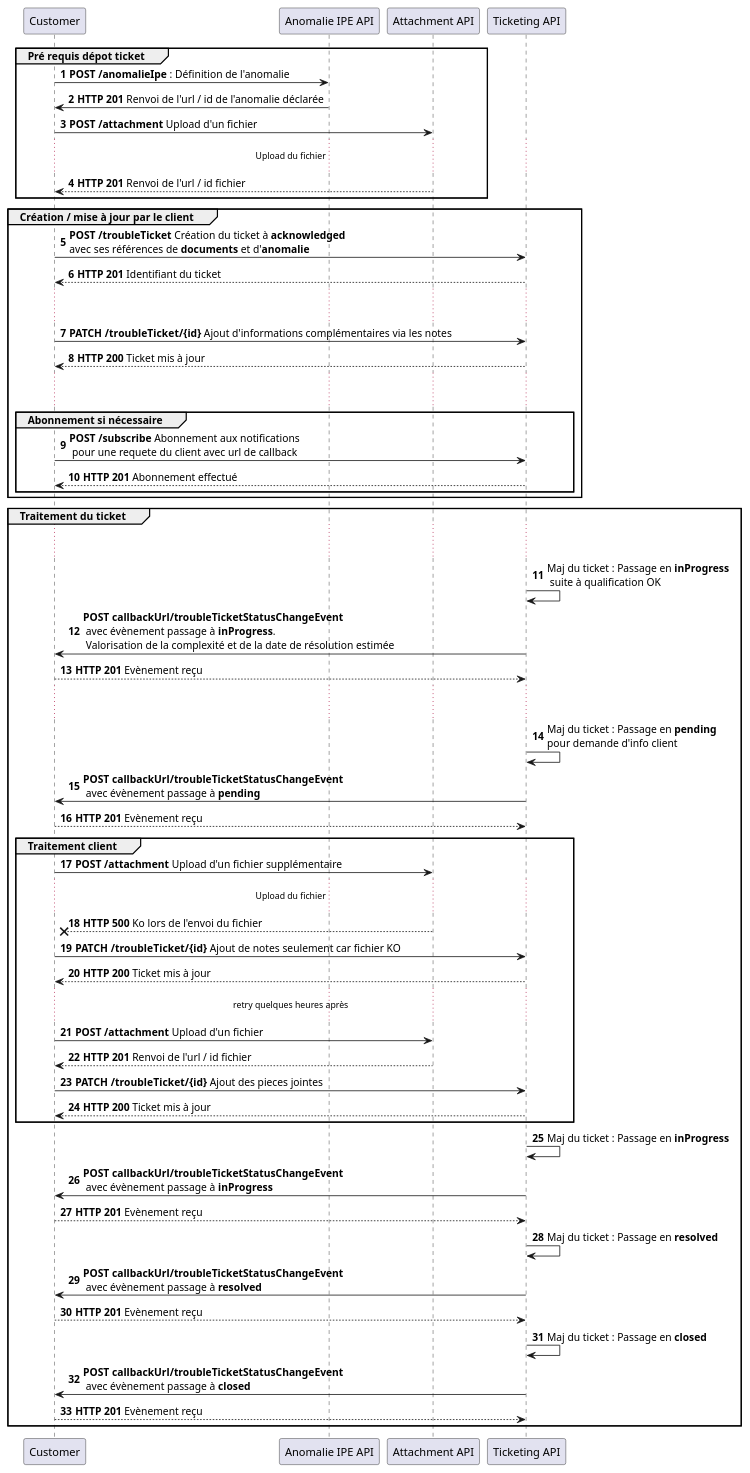
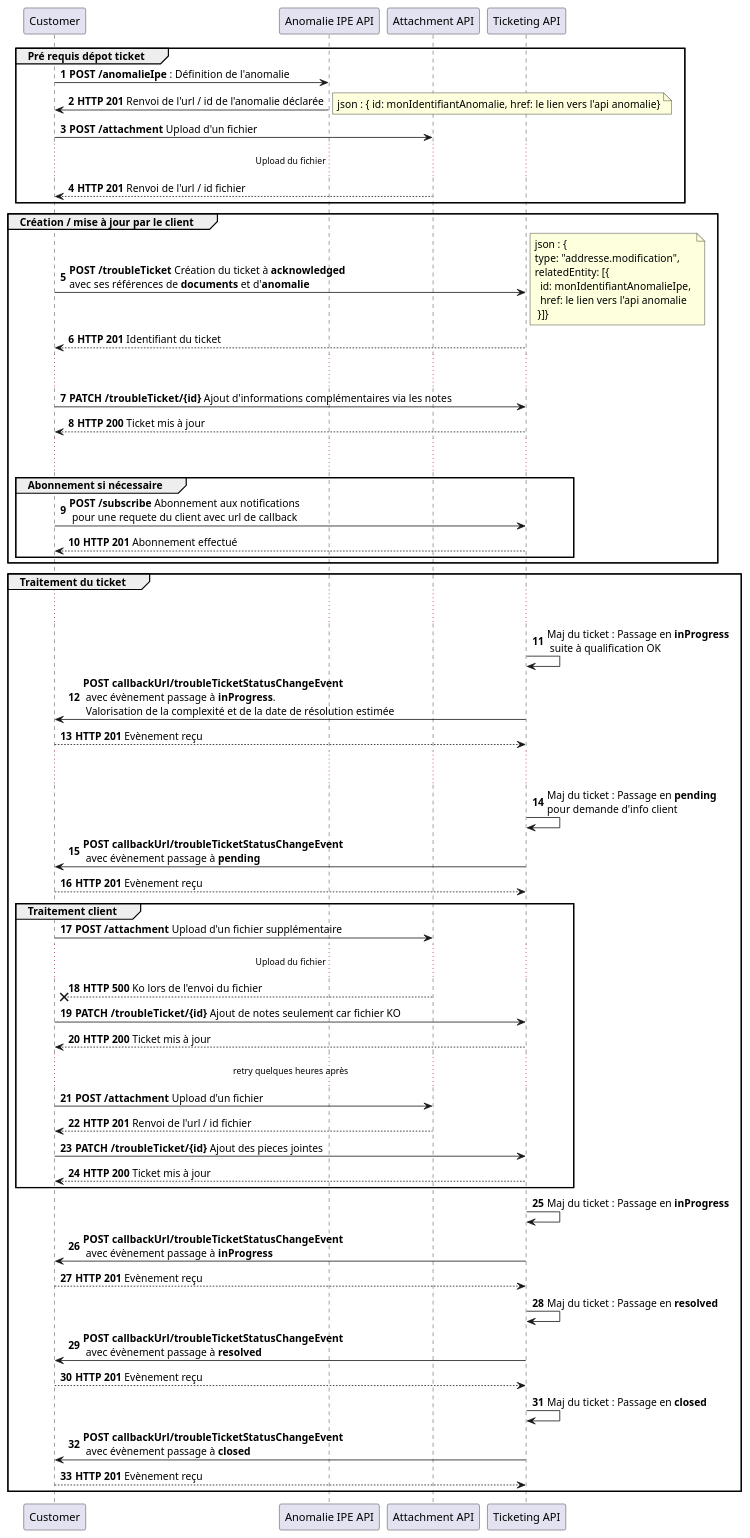
One commit to before-interop/ticketing changed the diagram in sequence.puml. Above: the diagram before and after it, drawn with PlantUML. The commit also changed 8 other files, not shown here.

```diff
--- a/sequence.puml
+++ b/sequence.puml
@@ -1,66 +1,68 @@
 @startuml
 'https://plantuml.com/sequence-diagram
 
 autonumber
 
 group Pré requis dépot ticket
     "Customer" -> "Anomalie IPE API": **POST /anomalieIpe** : Définition de l'anomalie
     "Anomalie IPE API" -> "Customer": **HTTP 201** Renvoi de l'url / id de l'anomalie déclarée
+    note right: json : { id: monIdentifiantAnomalie, href: le lien vers l'api anomalie}
     "Customer" -> "Attachment API": **POST /attachment** Upload d'un fichier
     ... Upload du fichier ...
     "Attachment API" --> "Customer": **HTTP 201** Renvoi de l'url / id fichier
 end
 
 group Création / mise à jour par le client
     Customer -> "Ticketing API" : **POST /troubleTicket** Création du ticket à **acknowledged** \navec ses références de **documents** et d'**anomalie**
+    note right: json : {\ntype: "addresse.modification", \nrelatedEntity: [{\n  id: monIdentifiantAnomalieIpe, \n  href: le lien vers l'api anomalie\n }]}
     "Ticketing API" --> Customer : **HTTP 201** Identifiant du ticket
     ... ...
     Customer -> "Ticketing API" : **PATCH /troubleTicket/{id}** Ajout d'informations complémentaires via les notes
     "Ticketing API" --> Customer : **HTTP 200** Ticket mis à jour
     ... ...
     group Abonnement si nécessaire
         Customer -> "Ticketing API" : **POST /subscribe** Abonnement aux notifications \n pour une requete du client avec url de callback
         "Ticketing API" --> Customer : **HTTP 201** Abonnement effectué
     end
 end
 
 group Traitement du ticket
     ... ...
     "Ticketing API" -> "Ticketing API" : Maj du ticket : Passage en **inProgress** \n suite à qualification OK
     "Ticketing API" -> "Customer" : **POST callbackUrl/troubleTicketStatusChangeEvent** \n avec évènement passage à **inProgress**.\n Valorisation de la complexité et de la date de résolution estimée
     "Customer" --> "Ticketing API" : **HTTP 201** Evènement reçu
 
     ... ...
     "Ticketing API" -> "Ticketing API" : Maj du ticket : Passage en **pending** \npour demande d'info client
     "Ticketing API" -> "Customer" : **POST callbackUrl/troubleTicketStatusChangeEvent** \n avec évènement passage à **pending**
     "Customer" --> "Ticketing API" : **HTTP 201** Evènement reçu
 
     group Traitement client
         "Customer" -> "Attachment API": **POST /attachment** Upload d'un fichier supplémentaire
         ... Upload du fichier ...
         "Attachment API" --x "Customer": **HTTP 500** Ko lors de l'envoi du fichier
 
         Customer -> "Ticketing API" : **PATCH /troubleTicket/{id}** Ajout de notes seulement car fichier KO
         "Ticketing API" --> Customer : **HTTP 200** Ticket mis à jour
 
         ... retry quelques heures après ...
         "Customer" -> "Attachment API": **POST /attachment** Upload d'un fichier
         "Attachment API" --> "Customer": **HTTP 201** Renvoi de l'url / id fichier
         Customer -> "Ticketing API" : **PATCH /troubleTicket/{id}** Ajout des pieces jointes
         "Ticketing API" --> Customer : **HTTP 200** Ticket mis à jour
     end
 
     "Ticketing API" -> "Ticketing API" : Maj du ticket : Passage en **inProgress**
     "Ticketing API" -> "Customer" : **POST callbackUrl/troubleTicketStatusChangeEvent** \n avec évènement passage à **inProgress**
     "Customer" --> "Ticketing API" : **HTTP 201** Evènement reçu
 
     "Ticketing API" -> "Ticketing API" : Maj du ticket : Passage en **resolved**
     "Ticketing API" -> "Customer" : **POST callbackUrl/troubleTicketStatusChangeEvent** \n avec évènement passage à **resolved**
     "Customer" --> "Ticketing API" : **HTTP 201** Evènement reçu
 
     "Ticketing API" -> "Ticketing API" : Maj du ticket : Passage en **closed**
     "Ticketing API" -> "Customer" : **POST callbackUrl/troubleTicketStatusChangeEvent** \n avec évènement passage à **closed**
     "Customer" --> "Ticketing API" : **HTTP 201** Evènement reçu
 end
 
 @enduml
```
